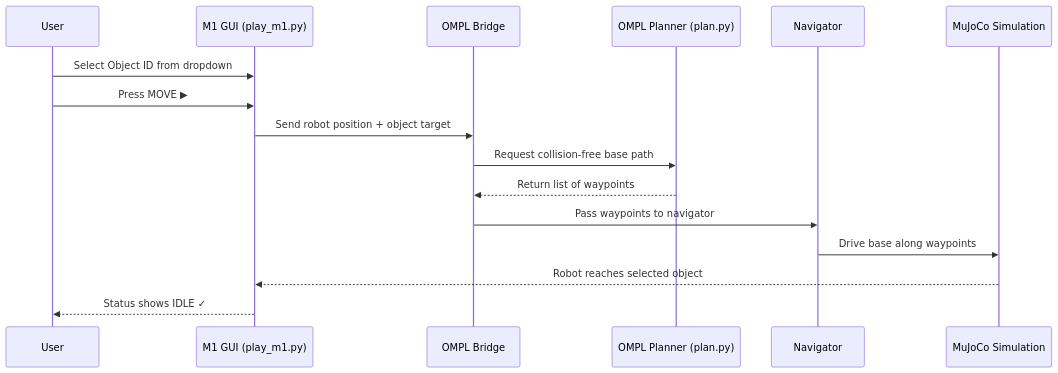
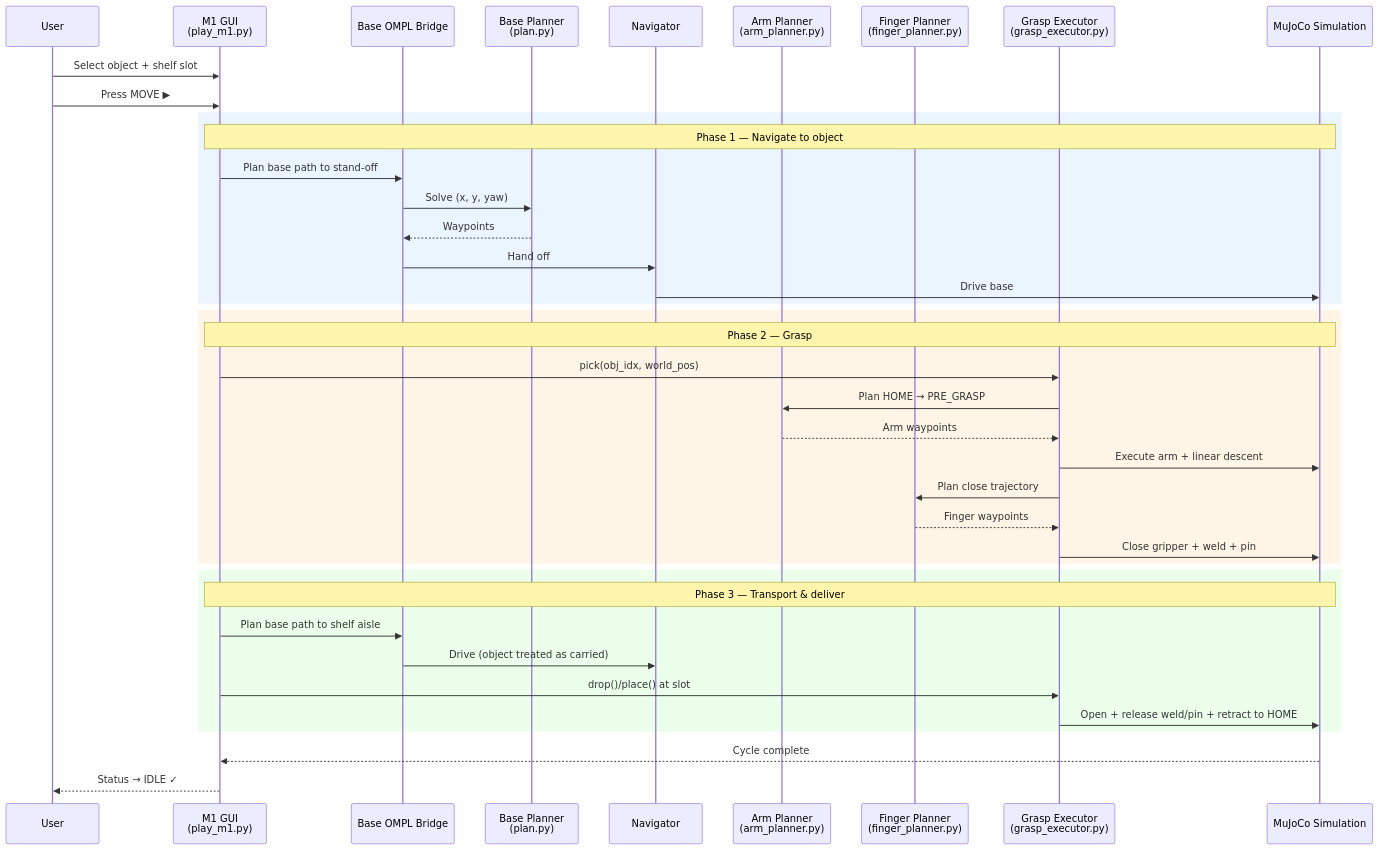
The diagram in README.md (obotx/motion-planning), drawn with Mermaid before and after one commit. The commit also changed other lines of this file and 15 other files, not shown here.

First line of the commit message:
Milestone 1: OMPL pickup and grasp pipeline

````diff
--- a/README.md
+++ b/README.md
@@ -276,19 +195,46 @@
 ```mermaid
 sequenceDiagram
     participant User
-    participant GUI as M1 GUI (play_m1.py)
-    participant Bridge as OMPL Bridge
-    participant Planner as OMPL Planner (plan.py)
+    participant GUI as M1 GUI<br/>(play_m1.py)
+    participant BaseBridge as Base OMPL Bridge
+    participant BasePlan as Base Planner<br/>(plan.py)
     participant Nav as Navigator
+    participant ArmBridge as Arm Planner<br/>(arm_planner.py)
+    participant Fingers as Finger Planner<br/>(finger_planner.py)
+    participant Exec as Grasp Executor<br/>(grasp_executor.py)
     participant Sim as MuJoCo Simulation
 
-    User->>GUI: Select Object ID from dropdown
+    User->>GUI: Select object + shelf slot
     User->>GUI: Press MOVE ▶
-    GUI->>Bridge: Send robot position + object target
-    Bridge->>Planner: Request collision-free base path
-    Planner-->>Bridge: Return list of waypoints
-    Bridge->>Nav: Pass waypoints to navigator
-    Nav->>Sim: Drive base along waypoints
-    Sim-->>GUI: Robot reaches selected object
-    GUI-->>User: Status shows IDLE ✓
+
+    rect rgb(235, 245, 255)
+    Note over GUI,Sim: Phase 1 — Navigate to object
+    GUI->>BaseBridge: Plan base path to stand-off
+    BaseBridge->>BasePlan: Solve (x, y, yaw)
+    BasePlan-->>BaseBridge: Waypoints
+    BaseBridge->>Nav: Hand off
+    Nav->>Sim: Drive base
+    end
+
+    rect rgb(255, 245, 230)
+    Note over GUI,Sim: Phase 2 — Grasp
+    GUI->>Exec: pick(obj_idx, world_pos)
+    Exec->>ArmBridge: Plan HOME → PRE_GRASP
+    ArmBridge-->>Exec: Arm waypoints
+    Exec->>Sim: Execute arm + linear descent
+    Exec->>Fingers: Plan close trajectory
+    Fingers-->>Exec: Finger waypoints
+    Exec->>Sim: Close gripper + weld + pin
+    end
+
+    rect rgb(235, 255, 235)
+    Note over GUI,Sim: Phase 3 — Transport & deliver
+    GUI->>BaseBridge: Plan base path to shelf aisle
+    BaseBridge->>Nav: Drive (object treated as carried)
+    GUI->>Exec: drop()/place() at slot
+    Exec->>Sim: Open + release weld/pin + retract to HOME
+    end
+
+    Sim-->>GUI: Cycle complete
+    GUI-->>User: Status → IDLE ✓
 ```
````
